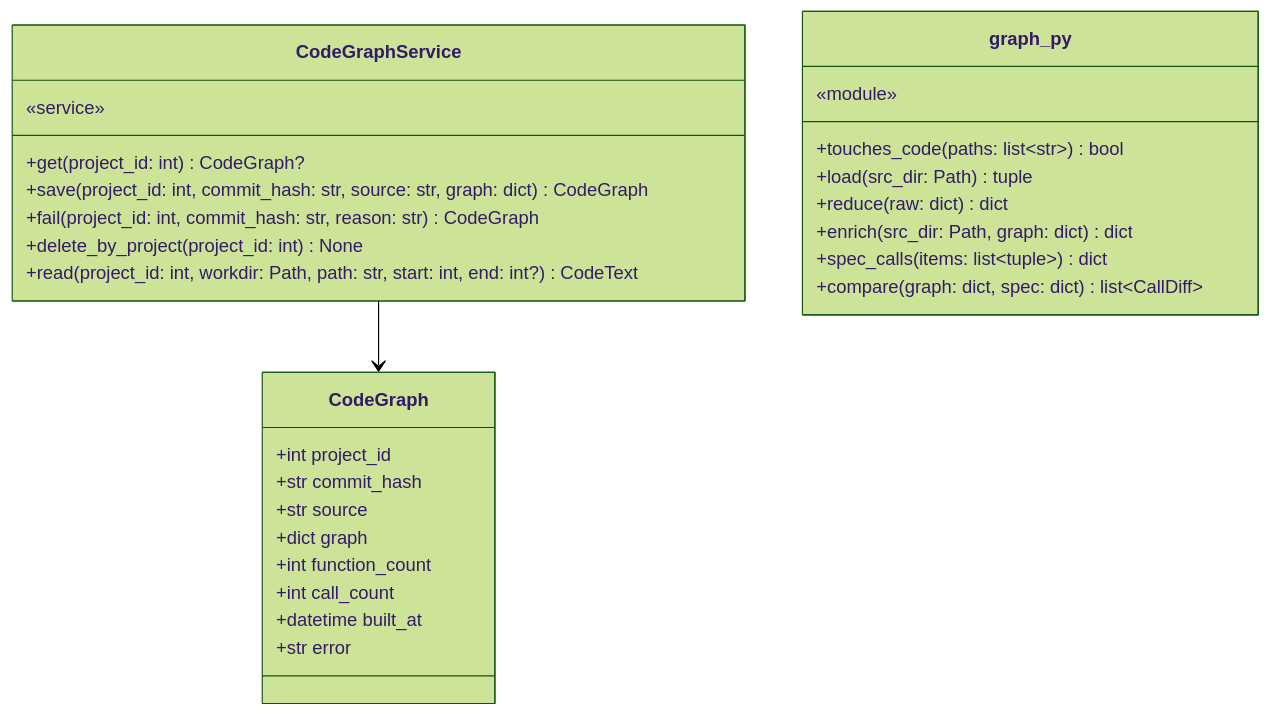
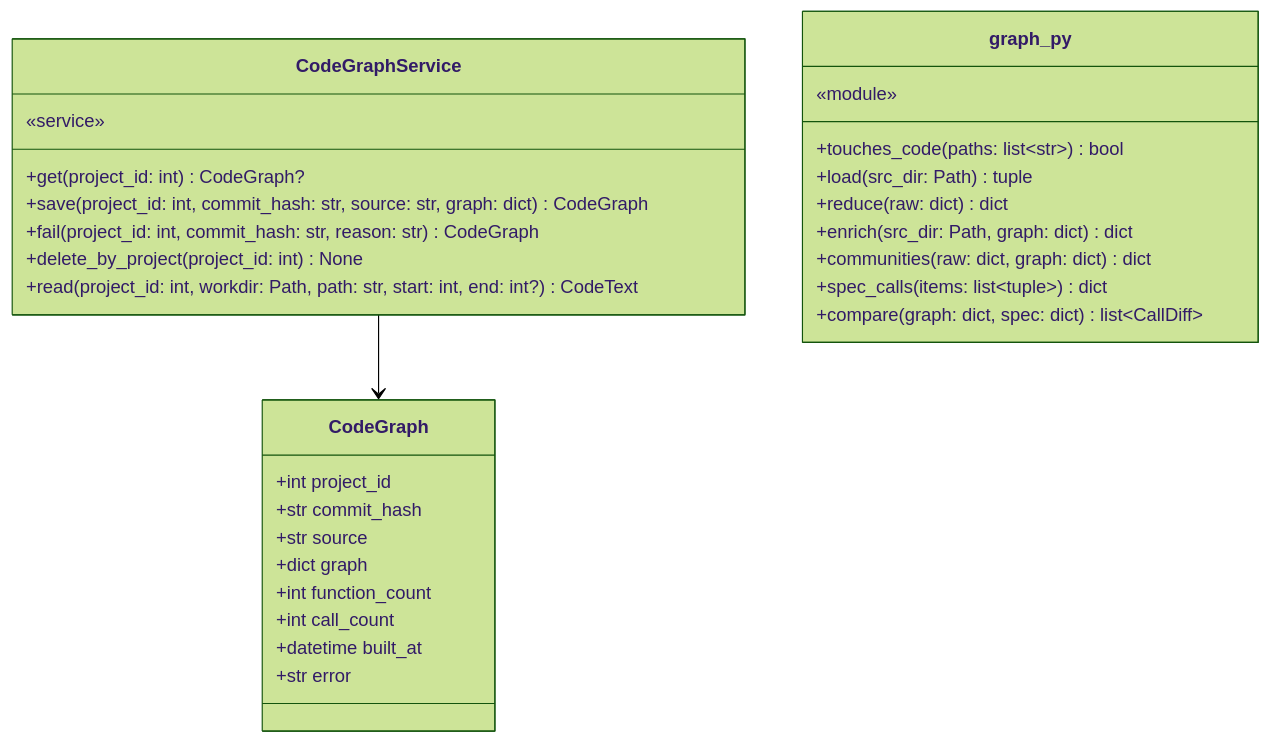
Diagram 22 of 22 in docs/specs/06-DOM/SYNC-DOM-002.md (HoyoungParkme/syncdoc), drawn with Mermaid (forest theme) before and after one commit. The commit also changed other lines of this file, not shown here.

Commit message:
spec(SYNC-DOM-002): CodeCommunity·CodeNode·CodeNodes · queries.code_nodes · graph_py.communities · 그래프 모양 (카드 BD)

````diff
--- a/docs/specs/06-DOM/SYNC-DOM-002.md
+++ b/docs/specs/06-DOM/SYNC-DOM-002.md
@@ -1222,31 +1226,32 @@
 ```mermaid
 classDiagram
     class CodeGraphService {
         «service»
         +get(project_id: int) CodeGraph?
         +save(project_id: int, commit_hash: str, source: str, graph: dict) CodeGraph
         +fail(project_id: int, commit_hash: str, reason: str) CodeGraph
         +delete_by_project(project_id: int) None
         +read(project_id: int, workdir: Path, path: str, start: int, end: int?) CodeText
     }
     class graph_py {
         «module»
         +touches_code(paths: list~str~) bool
         +load(src_dir: Path) tuple
         +reduce(raw: dict) dict
         +enrich(src_dir: Path, graph: dict) dict
+        +communities(raw: dict, graph: dict) dict
         +spec_calls(items: list~tuple~) dict
         +compare(graph: dict, spec: dict) list~CallDiff~
     }
     class CodeGraph {
         +int project_id
         +str commit_hash
         +str source
         +dict graph
         +int function_count
         +int call_count
         +datetime built_at
         +str error
     }
     CodeGraphService --> CodeGraph
 ```
````
